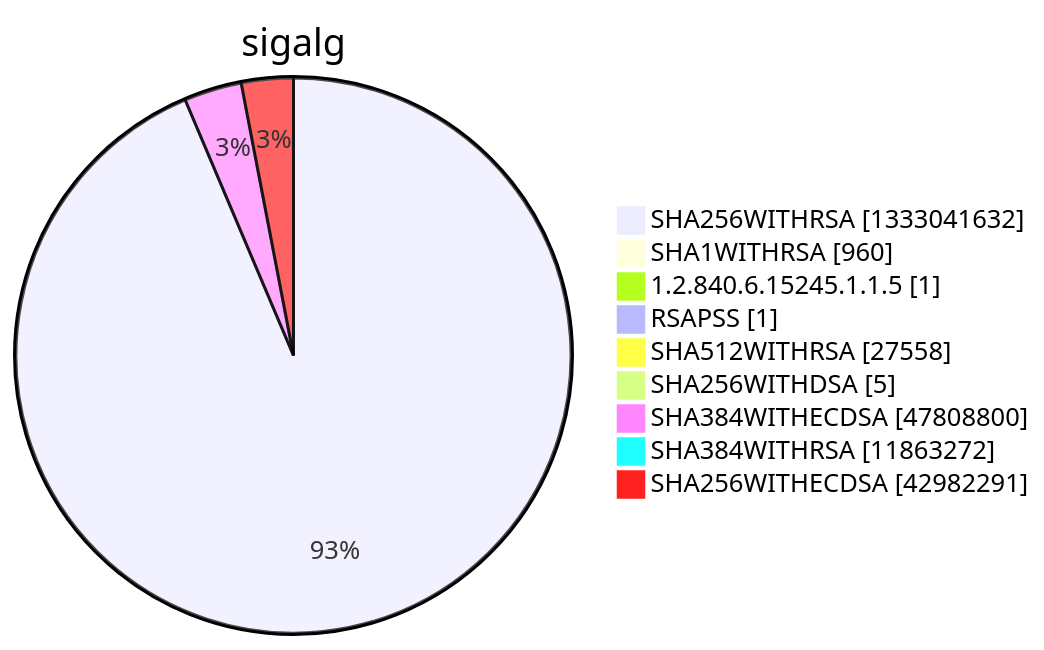
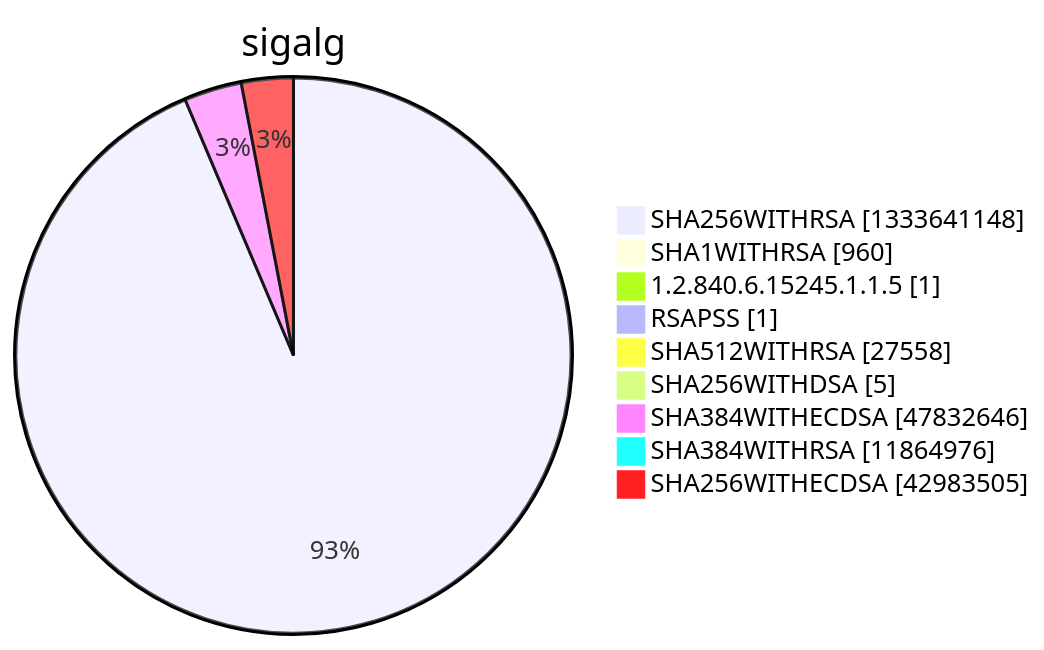
One commit to christiankrug/ctmonitor_visualization changed diagram 15 of 15 in argon2022/README.md. Above: the diagram before and after it, drawn with Mermaid. The commit also changed other lines of this file, not shown here.

````diff
--- a/argon2022/README.md
+++ b/argon2022/README.md
@@ -5524,13 +5524,13 @@
 ```mermaid
 pie showData
 title sigalg
-"SHA256WITHRSA" :1333041632
+"SHA256WITHRSA" :1333641148
 "SHA1WITHRSA" :960
 "1.2.840.6.15245.1.1.5" :1
 "RSAPSS" :1
 "SHA512WITHRSA" :27558
 "SHA256WITHDSA" :5
-"SHA384WITHECDSA" :47808800
-"SHA384WITHRSA" :11863272
-"SHA256WITHECDSA" :42982291
+"SHA384WITHECDSA" :47832646
+"SHA384WITHRSA" :11864976
+"SHA256WITHECDSA" :42983505
 ```
````
